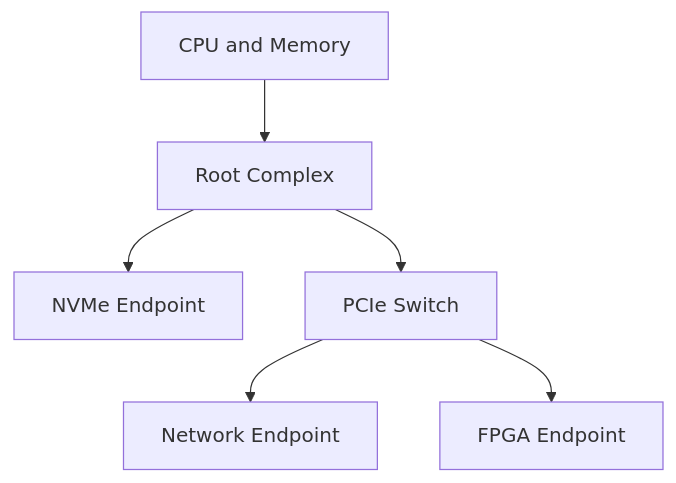
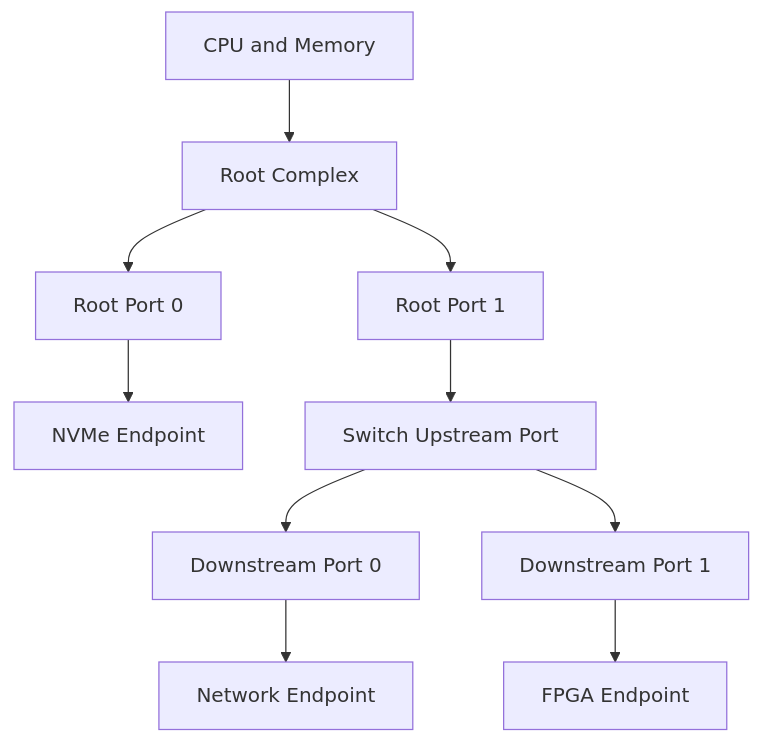
Before and after one commit to cdragon-ljl/EEandEdgeAI: the first of 4 diagrams in docs/articles/pcie/pci-01-pcie-architecture-basics.md, drawn with Mermaid. The commit also changed other lines of this file and 2 other files, not shown here.

Commit message:
docs: rebuild PCIe foundations and enumeration

````diff
--- a/docs/articles/pcie/pci-01-pcie-architecture-basics.md
+++ b/docs/articles/pcie/pci-01-pcie-architecture-basics.md
@@ -20,8 +34,12 @@
 ```mermaid
-flowchart TB
+flowchart TD
     CPU[CPU and Memory] --> RC[Root Complex]
-    RC --> EP0[NVMe Endpoint]
-    RC --> SW[PCIe Switch]
-    SW --> EP1[Network Endpoint]
-    SW --> EP2[FPGA Endpoint]
+    RC --> RP0[Root Port 0]
+    RC --> RP1[Root Port 1]
+    RP0 --> NVME[NVMe Endpoint]
+    RP1 --> SWU[Switch Upstream Port]
+    SWU --> SWD0[Downstream Port 0]
+    SWU --> SWD1[Downstream Port 1]
+    SWD0 --> NIC[Network Endpoint]
+    SWD1 --> FPGA[FPGA Endpoint]
 ```
````
